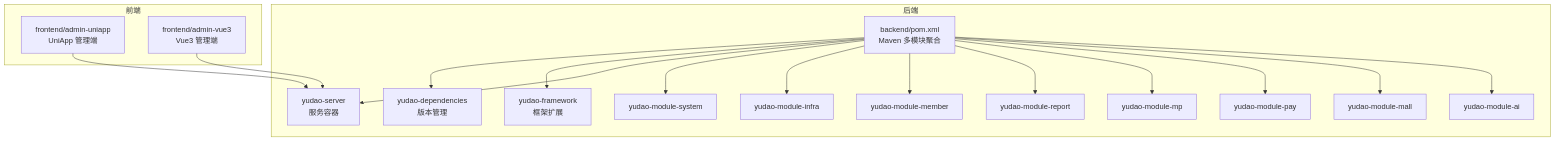
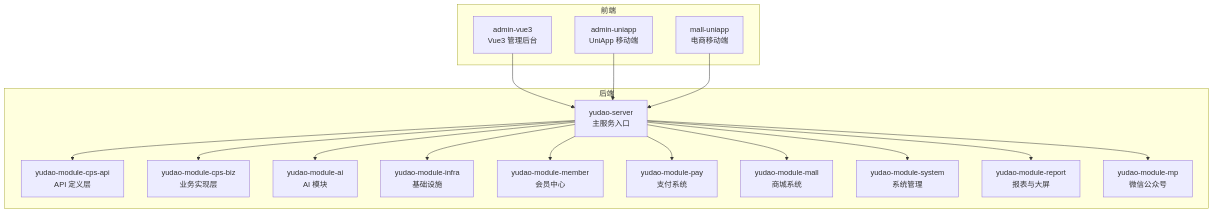
Before and after one commit to zhuangpengLI/AgenticCPS: the first of 7 diagrams in .qoder/repowiki/zh/content/开发指南/开发指南.md, drawn with Mermaid. The commit also changed other lines of this file and 293 other files, not shown here.

````diff
--- a/.qoder/repowiki/zh/content/开发指南/开发指南.md
+++ b/.qoder/repowiki/zh/content/开发指南/开发指南.md
@@ -40,34 +34,34 @@
 ```mermaid
 graph TB
 subgraph "后端"
-POM["backend/pom.xml<br/>Maven 多模块聚合"]
-DEPS["yudao-dependencies<br/>版本管理"]
-FRAME["yudao-framework<br/>框架扩展"]
-SERVER["yudao-server<br/>服务容器"]
-MOD_SYS["yudao-module-system"]
-MOD_INFRA["yudao-module-infra"]
-MOD_MEMBER["yudao-module-member"]
-MOD_REPORT["yudao-module-report"]
-MOD_MP["yudao-module-mp"]
-MOD_PAY["yudao-module-pay"]
-MOD_MALL["yudao-module-mall"]
-MOD_AI["yudao-module-ai"]
+Server["yudao-server<br/>主服务入口"]
+CPS_API["yudao-module-cps-api<br/>API 定义层"]
+CPS_BIZ["yudao-module-cps-biz<br/>业务实现层"]
+AI_Module["yudao-module-ai<br/>AI 模块"]
+Infra["yudao-module-infra<br/>基础设施"]
+Member["yudao-module-member<br/>会员中心"]
+Pay["yudao-module-pay<br/>支付系统"]
+Mall["yudao-module-mall<br/>商城系统"]
+System["yudao-module-system<br/>系统管理"]
+Report["yudao-module-report<br/>报表与大屏"]
+MP["yudao-module-mp<br/>微信公众号"]
 end
 subgraph "前端"
-FE_UNI["frontend/admin-uniapp<br/>UniApp 管理端"]
-FE_VUE3["frontend/admin-vue3<br/>Vue3 管理端"]
+AdminVue3["admin-vue3<br/>Vue3 管理后台"]
+AdminUniApp["admin-uniapp<br/>UniApp 移动端"]
+MallUniApp["mall-uniapp<br/>电商移动端"]
 end
-POM --> DEPS
-POM --> FRAME
-POM --> SERVER
-POM --> MOD_SYS
-POM --> MOD_INFRA
-POM --> MOD_MEMBER
-POM --> MOD_REPORT
-POM --> MOD_MP
-POM --> MOD_PAY
-POM --> MOD_MALL
-POM --> MOD_AI
-FE_UNI --> SERVER
-FE_VUE3 --> SERVER
+Server --> CPS_API
+Server --> CPS_BIZ
+Server --> AI_Module
+Server --> Infra
+Server --> Member
+Server --> Pay
+Server --> Mall
+Server --> System
+Server --> Report
+Server --> MP
+AdminVue3 --> Server
+AdminUniApp --> Server
+MallUniApp --> Server
 ```
````
